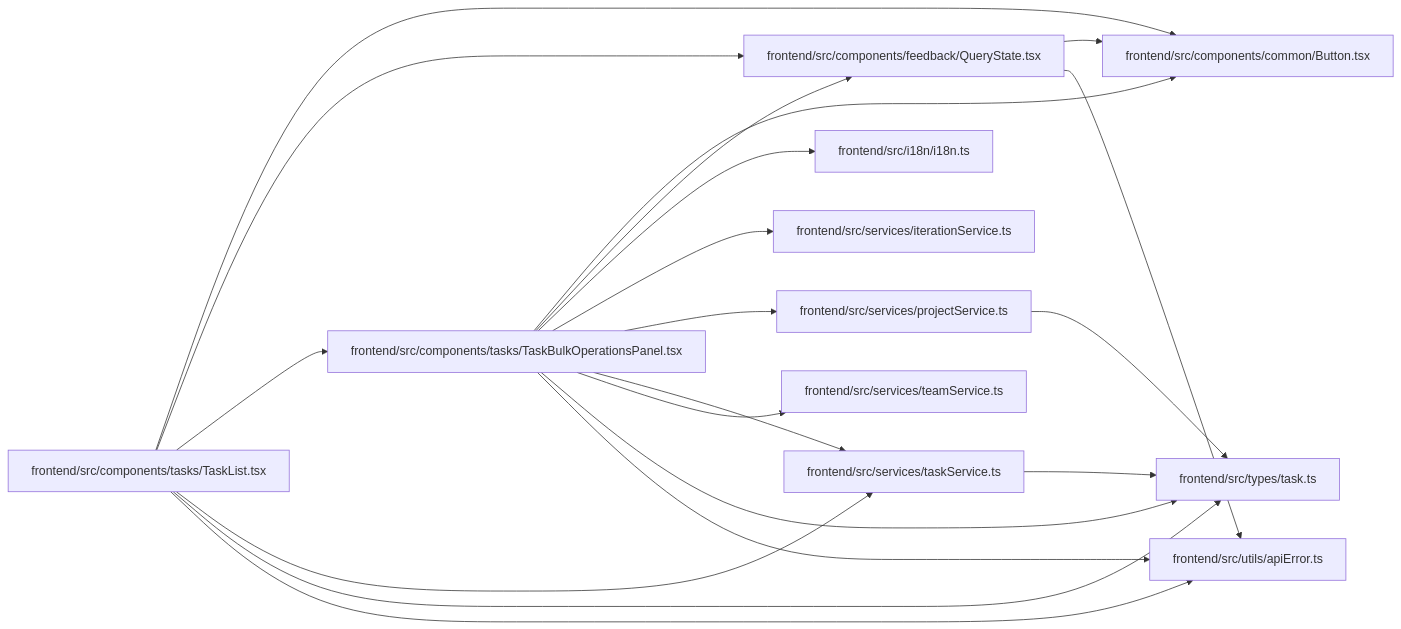
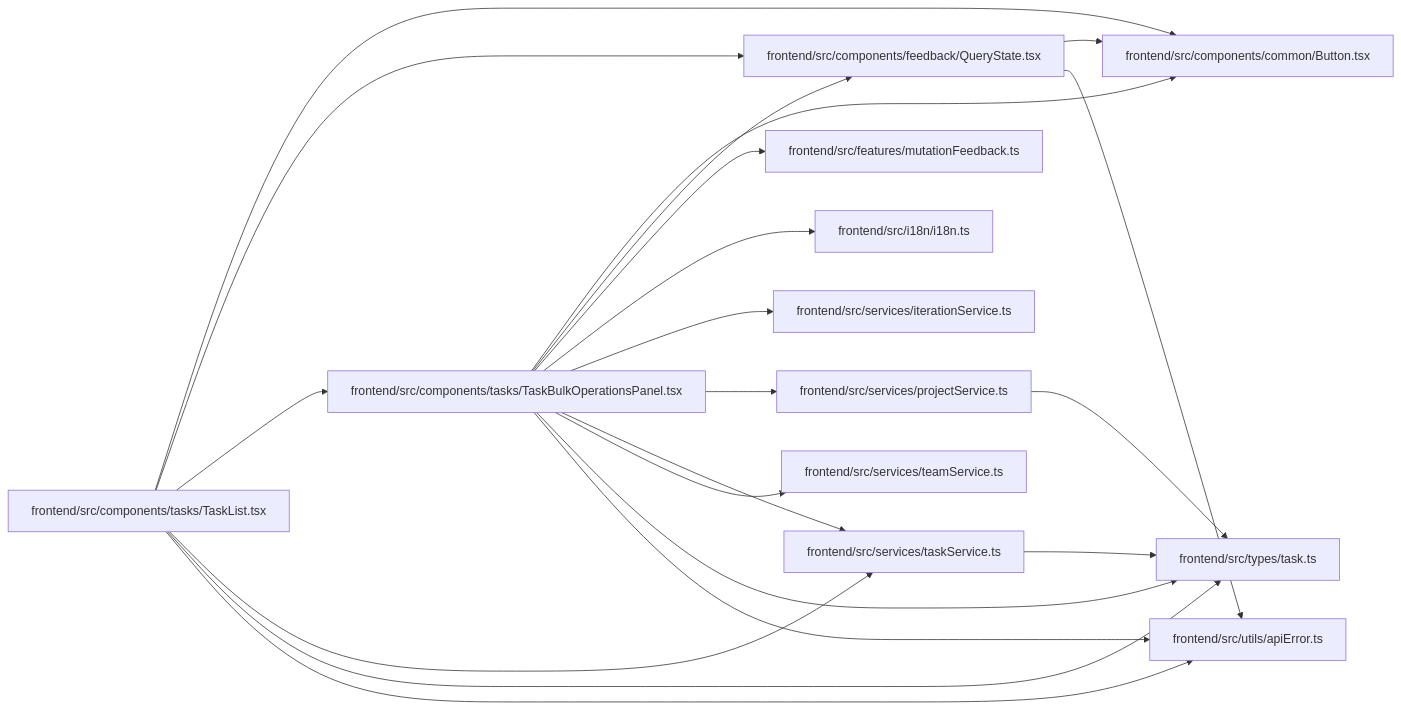
Before and after one commit to Denissvgn/WorkChord: the diagram in docs/llm_wiki/modules/TaskBulkOperationsPanel.md, drawn with Mermaid. The commit also changed other lines of this file and 372 other files, not shown here.

Commit message:
docs(wiki): refresh for mutation success feedback

````diff
--- a/docs/llm_wiki/modules/TaskBulkOperationsPanel.md
+++ b/docs/llm_wiki/modules/TaskBulkOperationsPanel.md
@@ -40,44 +41,47 @@
 ```mermaid
 flowchart LR
     n0["frontend/src/components/common/Button.tsx"]
     n1["frontend/src/components/feedback/QueryState.tsx"]
     n2["frontend/src/components/tasks/TaskBulkOperationsPanel.tsx"]
     n3["frontend/src/components/tasks/TaskList.tsx"]
-    n4["frontend/src/i18n/i18n.ts"]
-    n5["frontend/src/services/iterationService.ts"]
-    n6["frontend/src/services/projectService.ts"]
-    n7["frontend/src/services/taskService.ts"]
-    n8["frontend/src/services/teamService.ts"]
-    n9["frontend/src/types/task.ts"]
-    n10["frontend/src/utils/apiError.ts"]
+    n4["frontend/src/features/mutationFeedback.ts"]
+    n5["frontend/src/i18n/i18n.ts"]
+    n6["frontend/src/services/iterationService.ts"]
+    n7["frontend/src/services/projectService.ts"]
+    n8["frontend/src/services/taskService.ts"]
+    n9["frontend/src/services/teamService.ts"]
+    n10["frontend/src/types/task.ts"]
+    n11["frontend/src/utils/apiError.ts"]
     n1 --> n0
-    n1 --> n10
+    n1 --> n11
     n2 --> n0
     n2 --> n1
     n2 --> n4
     n2 --> n5
     n2 --> n6
     n2 --> n7
     n2 --> n8
     n2 --> n9
     n2 --> n10
+    n2 --> n11
     n3 --> n0
     n3 --> n1
     n3 --> n2
-    n3 --> n7
-    n3 --> n9
+    n3 --> n8
     n3 --> n10
-    n6 --> n9
-    n7 --> n9
+    n3 --> n11
+    n7 --> n10
+    n8 --> n10
     click n0 "../modules/Button.md"
     click n1 "../modules/QueryState.md"
     click n2 "../modules/TaskBulkOperationsPanel.md"
     click n3 "../modules/TaskList.md"
-    click n4 "../modules/i18n.md"
-    click n5 "../modules/iterationService.md"
-    click n6 "../modules/projectService.md"
-    click n7 "../modules/taskService.md"
-    click n8 "../modules/teamService.md"
-    click n9 "../modules/types_task.md"
-    click n10 "../modules/apiError.md"
+    click n4 "../modules/mutationFeedback.md"
+    click n5 "../modules/i18n.md"
+    click n6 "../modules/iterationService.md"
+    click n7 "../modules/projectService.md"
+    click n8 "../modules/taskService.md"
+    click n9 "../modules/teamService.md"
+    click n10 "../modules/types_task.md"
+    click n11 "../modules/apiError.md"
 ```
````
